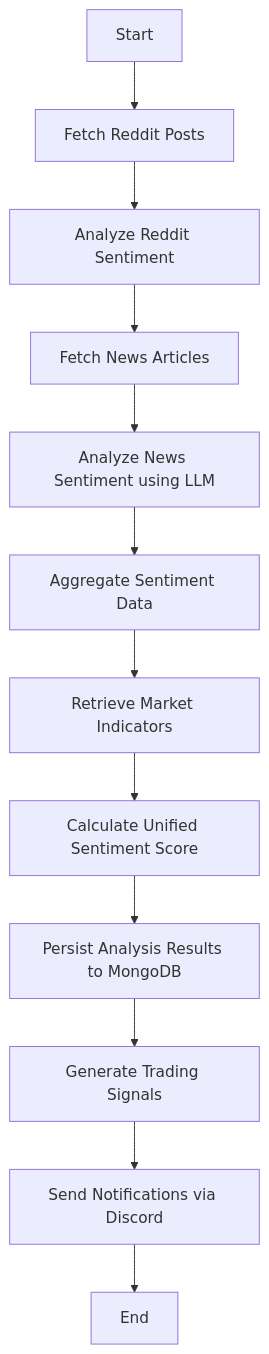
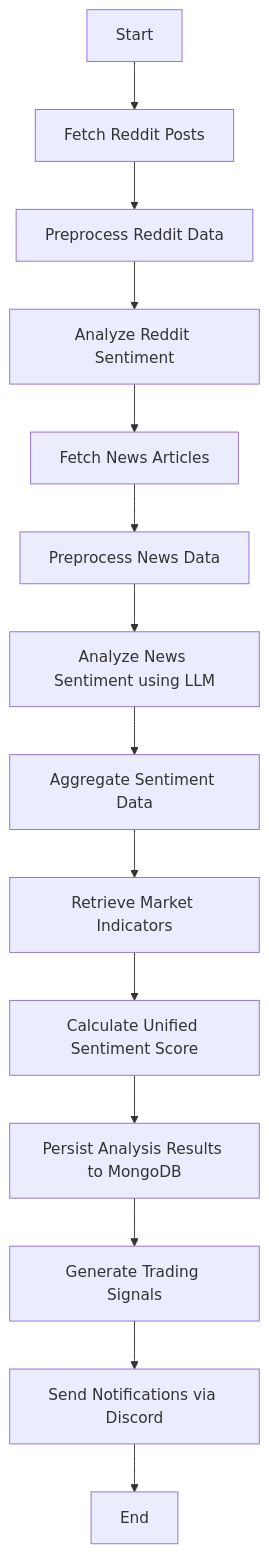
One commit to B-Lens/Orbit changed the diagram in docs/market_sentiment_module_flowchart.md. Above: the diagram before and after it, drawn with Mermaid.

Commit message:
docs: update market sentiment flowchart with preprocessing steps

````diff
--- a/docs/market_sentiment_module_flowchart.md
+++ b/docs/market_sentiment_module_flowchart.md
@@ -3,14 +3,16 @@
 ```mermaid
 flowchart TD
     A[Start] --> B[Fetch Reddit Posts]
-    B --> C[Analyze Reddit Sentiment]
+    B --> B1[Preprocess Reddit Data]
+    B1 --> C[Analyze Reddit Sentiment]
     C --> D[Fetch News Articles]
-    D --> E[Analyze News Sentiment using LLM]
+    D --> D1[Preprocess News Data]
+    D1 --> E[Analyze News Sentiment using LLM]
     E --> F[Aggregate Sentiment Data]
     F --> G[Retrieve Market Indicators]
     G --> H[Calculate Unified Sentiment Score]
     H --> I[Persist Analysis Results to MongoDB]
     I --> J[Generate Trading Signals]
     J --> K[Send Notifications via Discord]
     K --> L[End]
 ```
````
